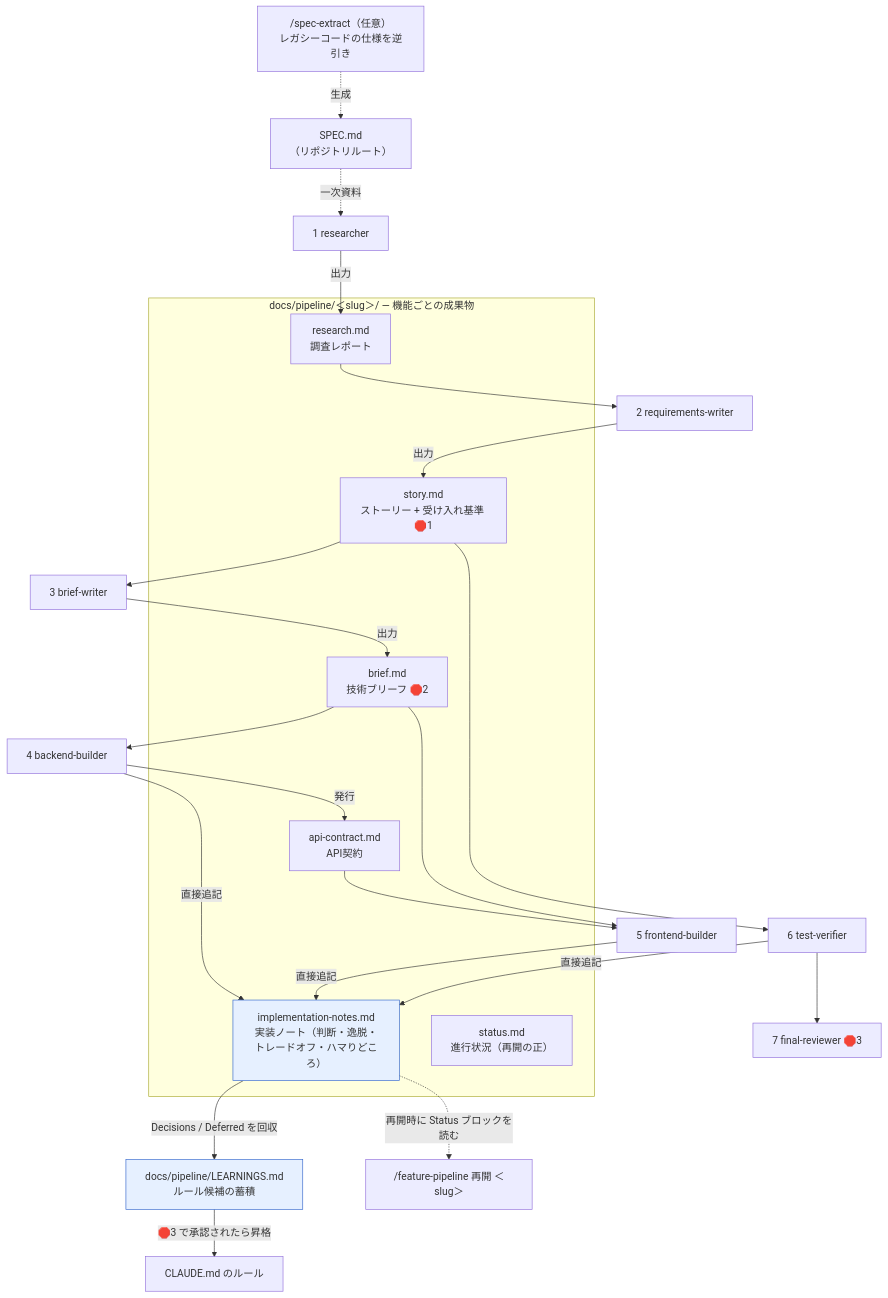
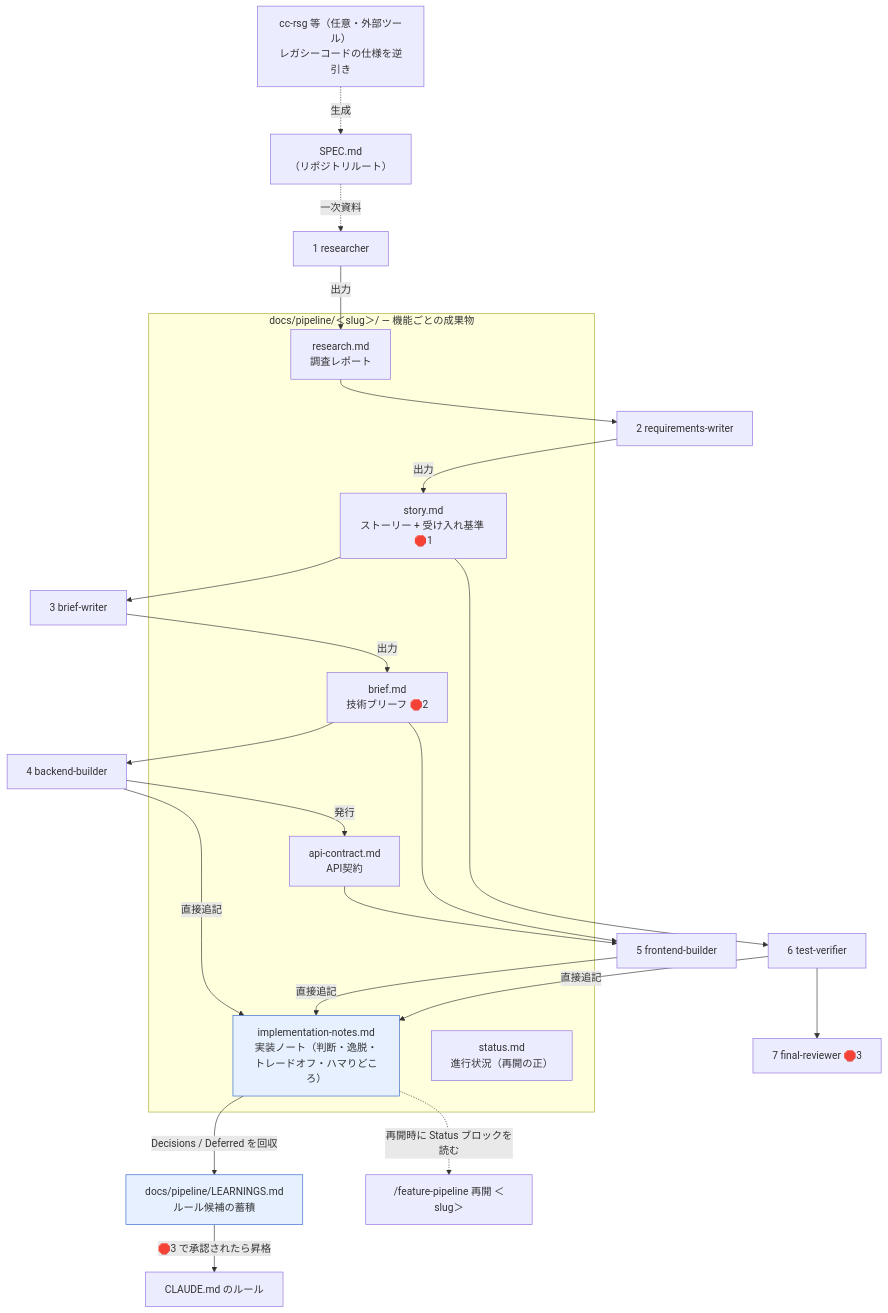
Before and after one commit to mrkxlia/claude-code-workbench-ja: the third of 4 diagrams in plugins/pipeline/README.md, drawn with Mermaid. The commit also changed other lines of this file and 12 other files, not shown here.

First line of the commit message:
pipeline 2.0.0: spec-extract 削除に伴う記述整合（notes を独立スキルに降格）

````diff
--- a/plugins/pipeline/README.md
+++ b/plugins/pipeline/README.md
@@ -132,29 +135,29 @@
 ```mermaid
 flowchart TB
-    spec["/spec-extract（任意）<br/>レガシーコードの仕様を逆引き"] -.->|生成| specmd["SPEC.md<br/>（リポジトリルート）"]
+    spec["cc-rsg 等（任意・外部ツール）<br/>レガシーコードの仕様を逆引き"] -.->|生成| specmd["SPEC.md<br/>（リポジトリルート）"]
     specmd -.->|一次資料| r
     r["1 researcher"] -->|出力| research
     subgraph slug["docs/pipeline/＜slug＞/ — 機能ごとの成果物"]
         research["research.md<br/>調査レポート"]
         story["story.md<br/>ストーリー + 受け入れ基準 🛑1"]
         brief["brief.md<br/>技術ブリーフ 🛑2"]
         contract["api-contract.md<br/>API契約"]
         notes["implementation-notes.md<br/>実装ノート（判断・逸脱・<br/>トレードオフ・ハマりどころ）"]
         status["status.md<br/>進行状況（再開の正）"]
     end
     research --> sw["2 requirements-writer"] -->|出力| story
     story --> spw["3 brief-writer"] -->|出力| brief
     brief --> bb["4 backend-builder"] -->|発行| contract
     contract --> fb["5 frontend-builder"]
     brief --> fb
     bb -->|直接追記| notes
     fb -->|直接追記| notes
     story --> tv["6 test-verifier"]
     tv -->|直接追記| notes
     tv --> iv["7 final-reviewer 🛑3"]
     notes -->|"Decisions / Deferred を回収"| learn["docs/pipeline/LEARNINGS.md<br/>ルール候補の蓄積"]
     learn -->|"🛑3 で承認されたら昇格"| cmd["CLAUDE.md のルール"]
     notes -.->|"再開時に Status ブロックを読む"| resume["/feature-pipeline 再開 ＜slug＞"]
     style notes fill:#e6f0ff,stroke:#3366cc
     style learn fill:#e6f0ff,stroke:#3366cc
 ```
````
